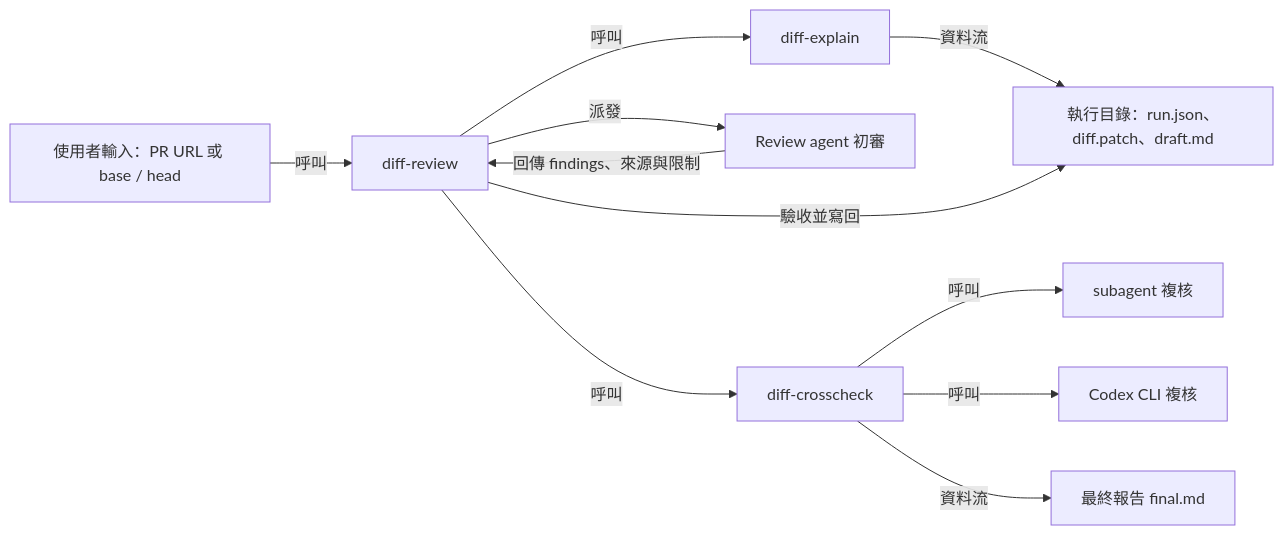
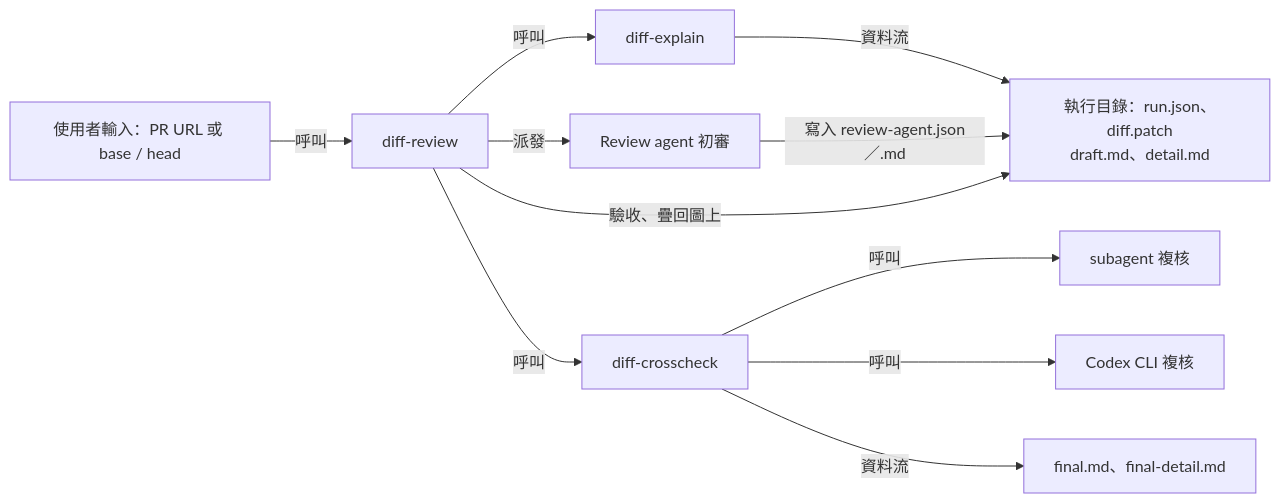
Before and after one commit to ba1679/diff-review-skills: the diagram in README.md, drawn with Mermaid. The commit also changed other lines of this file and 29 other files, not shown here.

First line of the commit message:
Make review reports diagram-first and stop re-copying agent output

````diff
--- a/README.md
+++ b/README.md
@@ -15,13 +15,13 @@
 ```mermaid
 flowchart LR
   user["使用者輸入：PR URL 或 base / head"] -->|呼叫| review["diff-review"]
   review -->|呼叫| explain["diff-explain"]
-  explain -->|資料流| run["執行目錄：run.json、diff.patch、draft.md"]
+  explain -->|資料流| run["執行目錄：run.json、diff.patch<br/>draft.md、detail.md"]
   review -->|派發| initial["Review agent 初審"]
-  initial -->|回傳 findings、來源與限制| review
-  review -->|驗收並寫回| run
+  initial -->|寫入 review-agent.json／.md| run
+  review -->|驗收、疊回圖上| run
   review -->|呼叫| cross["diff-crosscheck"]
   cross -->|呼叫| sub["subagent 複核"]
   cross -->|呼叫| codex["Codex CLI 複核"]
-  cross -->|資料流| final["最終報告 final.md"]
+  cross -->|資料流| final["final.md、final-detail.md"]
 ```
````
